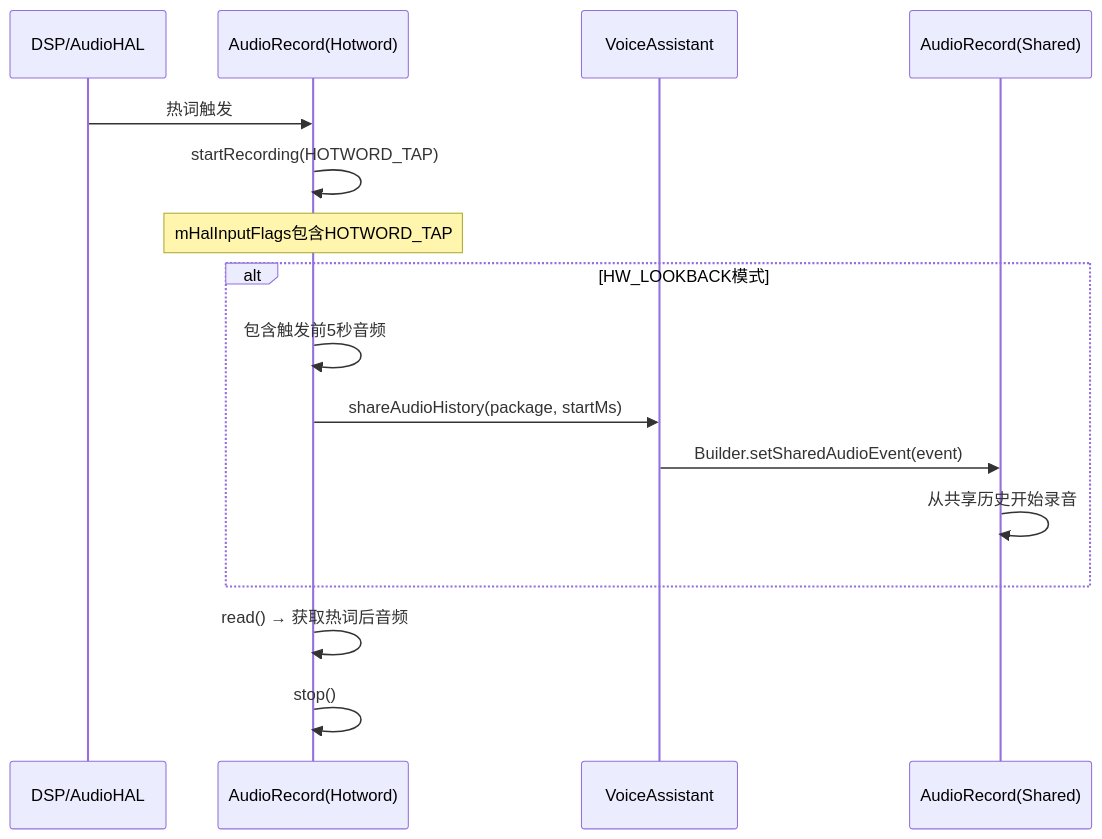
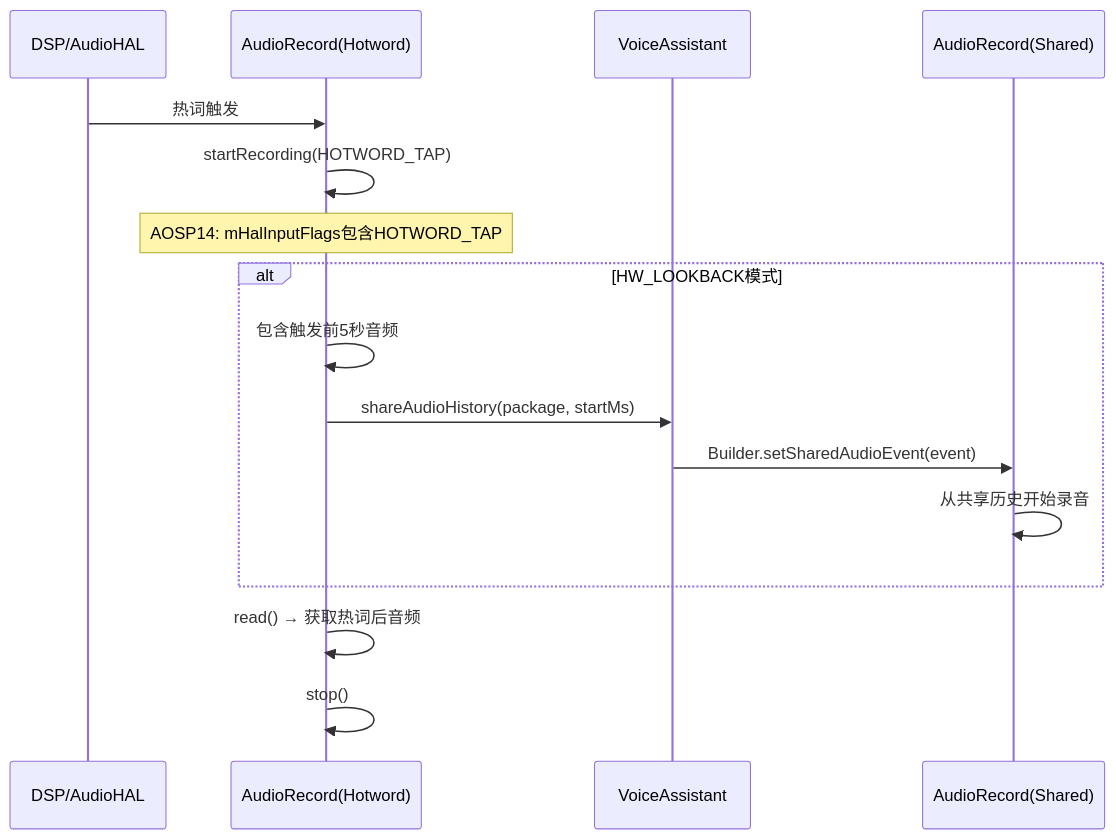
One commit to yanglinzhen1022/SA8295_AAOS_QNX_Audio_KnowledgeBase changed the fourth of 8 diagrams in 02_Application_Layer/02_2.2_AudioRecord.md. Above: the diagram before and after it, drawn with Mermaid. The commit also changed other lines of this file and 14 other files, not shown here.

````diff
--- a/02_Application_Layer/02_2.2_AudioRecord.md
+++ b/02_Application_Layer/02_2.2_AudioRecord.md
@@ -335,21 +316,21 @@
 ```mermaid
 sequenceDiagram
     participant DSP as DSP/AudioHAL
     participant AR as AudioRecord(Hotword)
     participant VA as VoiceAssistant
     participant AR2 as AudioRecord(Shared)
 
     DSP->>AR: 热词触发
     AR->>AR: startRecording(HOTWORD_TAP)
-    Note over AR: mHalInputFlags包含HOTWORD_TAP
+    Note over AR: AOSP14: mHalInputFlags包含HOTWORD_TAP
     
     alt HW_LOOKBACK模式
         AR->>AR: 包含触发前5秒音频
         AR->>VA: shareAudioHistory(package, startMs)
         VA->>AR2: Builder.setSharedAudioEvent(event)
         AR2->>AR2: 从共享历史开始录音
     end
     
     AR->>AR: read() → 获取热词后音频
     AR->>AR: stop()
 ```
````
